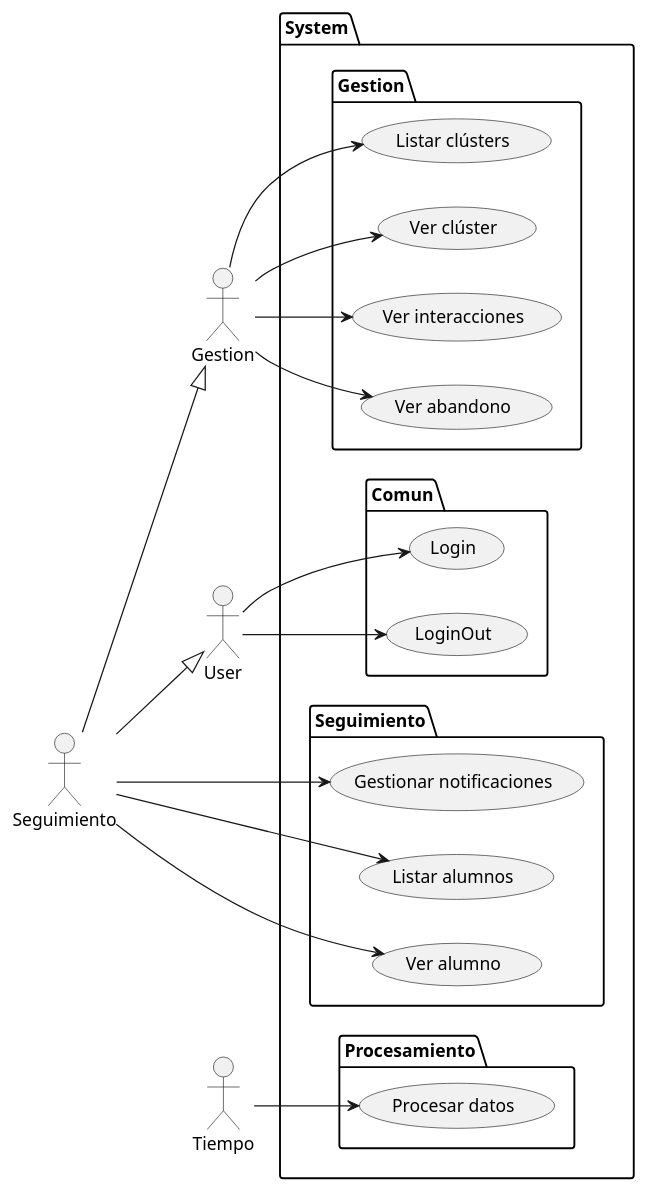
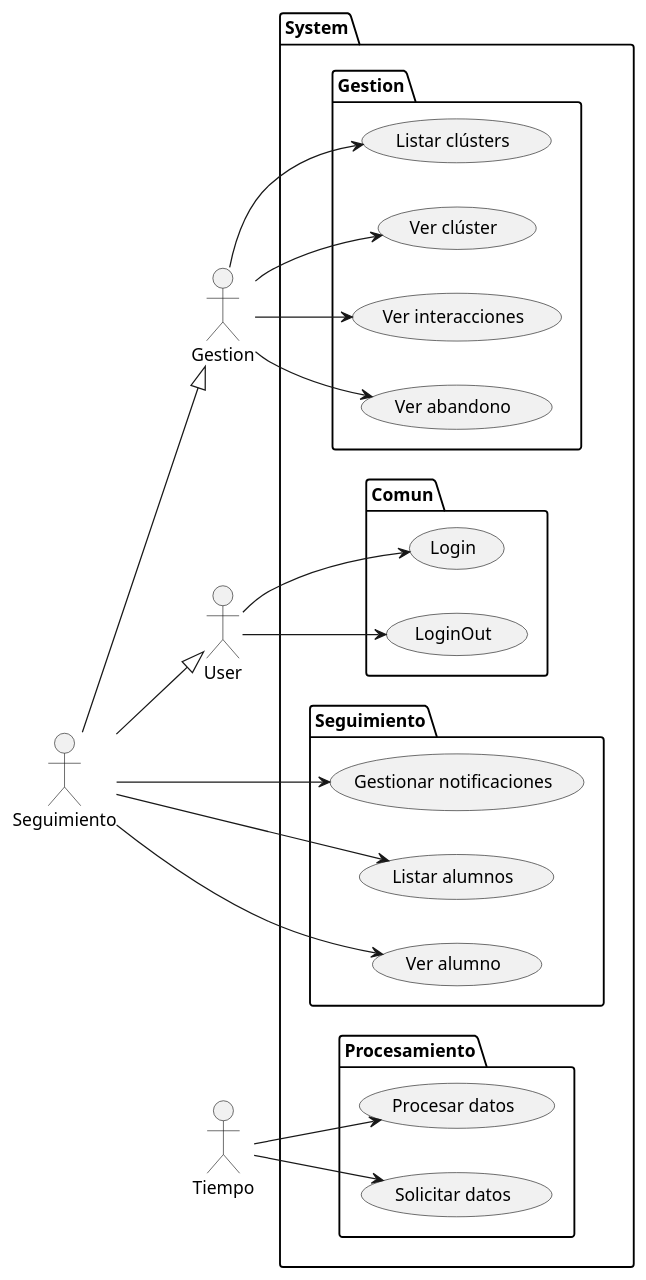
One commit to mmasias/IdSw1-22-23 changed the diagram in 000-entregas/Grupo1/CasosDeUso/CasosDeUso.puml. Above: the diagram before and after it, drawn with PlantUML. The commit also changed 1 other file, not shown here.

Commit message:
agregar solicitar datos

```diff
--- a/000-entregas/Grupo1/CasosDeUso/CasosDeUso.puml
+++ b/000-entregas/Grupo1/CasosDeUso/CasosDeUso.puml
@@ -1,50 +1,51 @@
 @startuml CasosDeUso
 left to right direction
 
+actor "Tiempo" as Tiempo
 actor User
 actor "Gestion" as GEST
 actor "Seguimiento"	as SEG
-actor "Tiempo" as Tiempo
 
 User <|-u- SEG
 GEST <|-l- SEG
 
 package System {
 
+  package Procesamiento {
+    usecase "Procesar datos" as PD
+    usecase "Solicitar datos" as SD
+  }
   package Comun {
     usecase "Login" as Login
     usecase "LoginOut" as LoginOut
   }
   package Seguimiento {
     usecase "Gestionar notificaciones" as GN
     usecase "Listar alumnos" as LA
     usecase "Ver alumno" as VA
   }
   package Gestion {
     usecase "Listar clústers" as LC
     usecase "Ver clúster" as VC
     usecase "Ver interacciones" as VI
     usecase "Ver abandono" as VAB
   }
-  package Procesamiento {
-    usecase "Procesar datos" as PD
-  }
 }
 
+Tiempo --> SD
+Tiempo --> PD
 
 User --> (Login)
 User --> (LoginOut)
 
 SEG --> (LA)
 SEG --> (VA)
 SEG --> (GN)
 
 GEST --> (LC)
 GEST --> (VC)
 GEST --> (VAB)
 GEST --> (VI)
 
 
-Tiempo --> PD
-
 @enduml
```
